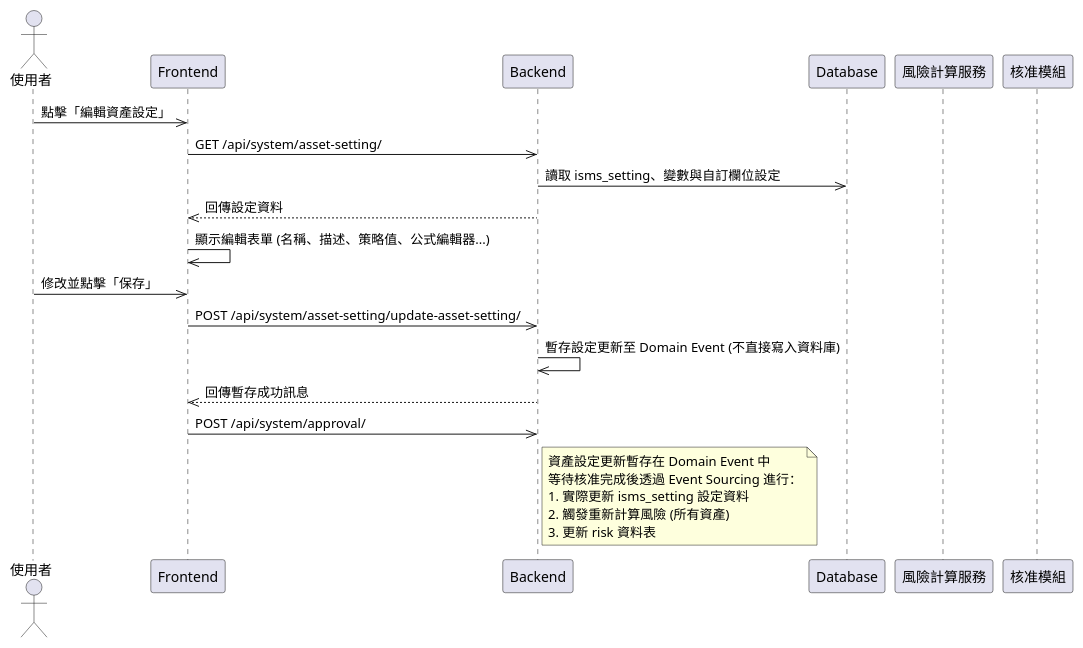
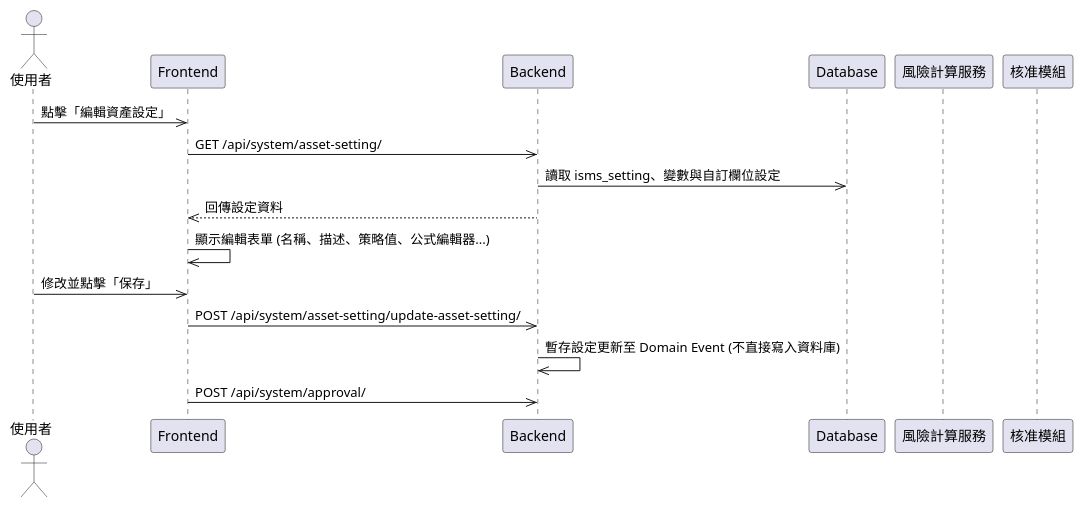
One commit to walle45611/NTUB_SecuManag_Diagram changed the diagram in plantUML/sequence/asset_setting_edit.puml. Above: the diagram before and after it, drawn with PlantUML. The commit also changed 4 other files, not shown here.

Commit message:
feat: 更新流程圖，將資料暫存至 Domain Event 以改善資產與設定的核准流程

```diff
--- a/plantUML/sequence/asset_setting_edit.puml
+++ b/plantUML/sequence/asset_setting_edit.puml
@@ -1,21 +1,19 @@
 @startuml
 
 actor User as "使用者"
 participant Frontend
 participant Backend
 participant Database
 participant Service as "風險計算服務"
 participant Approval as "核准模組"
 
 User ->> Frontend: 點擊「編輯資產設定」
 Frontend ->> Backend: GET /api/system/asset-setting/
 Backend ->> Database: 讀取 isms_setting、變數與自訂欄位設定
 Backend -->> Frontend: 回傳設定資料
 Frontend ->> Frontend: 顯示編輯表單 (名稱、描述、策略值、公式編輯器...)
 User ->> Frontend: 修改並點擊「保存」
 Frontend ->> Backend: POST /api/system/asset-setting/update-asset-setting/
 Backend ->> Backend: 暫存設定更新至 Domain Event (不直接寫入資料庫)
-Backend -->> Frontend: 回傳暫存成功訊息
 Frontend ->> Backend: POST /api/system/approval/
-note right of Backend: 資產設定更新暫存在 Domain Event 中\n等待核准完成後透過 Event Sourcing 進行：\n1. 實際更新 isms_setting 設定資料\n2. 觸發重新計算風險 (所有資產)\n3. 更新 risk 資料表
 @enduml
```
